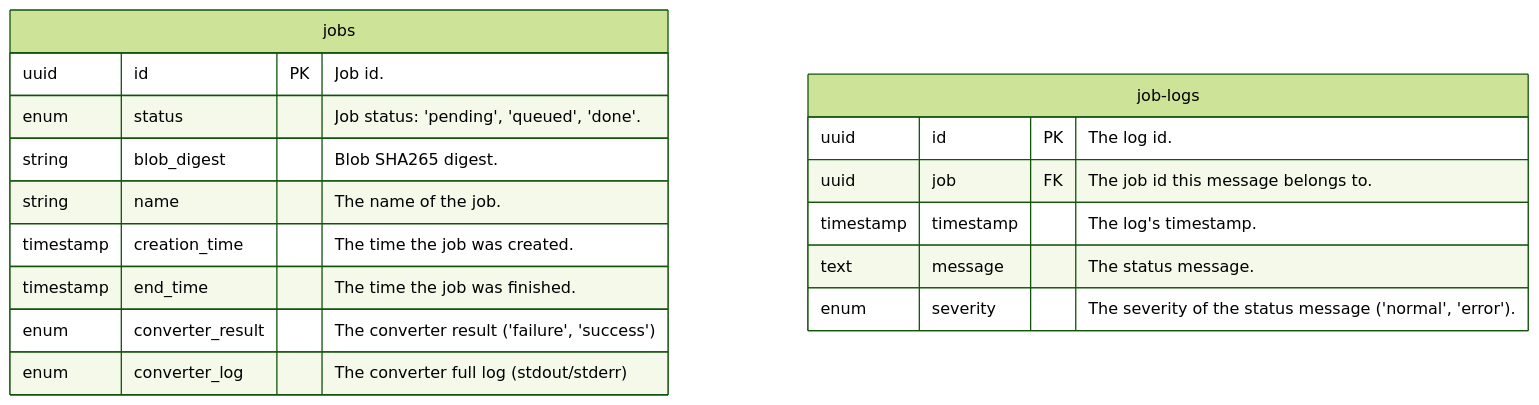
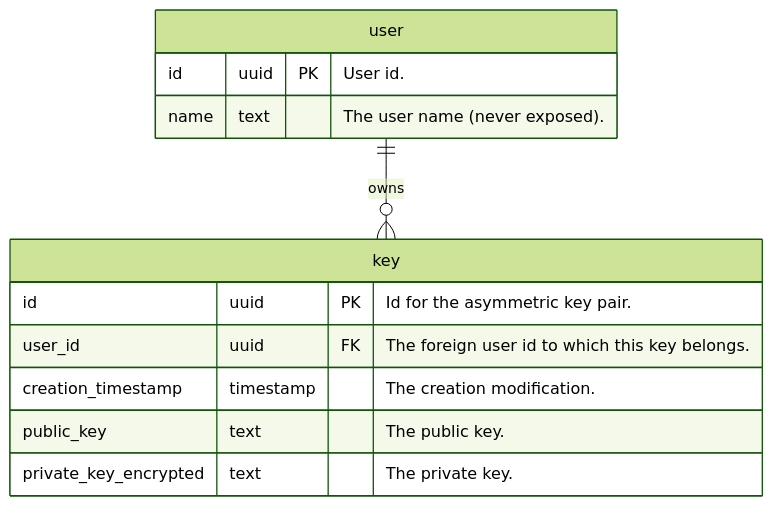
The diagram in docs/architecture.md (gabyx/ki-kist), drawn with Mermaid (forest theme) before and after one commit. The commit also changed other lines of this file and 1 other file, not shown here.

````diff
--- a/docs/architecture.md
+++ b/docs/architecture.md
@@ -119,23 +166,19 @@
 ```mermaid
 erDiagram
-    jobs {
-        uuid id PK "Job id."
-
-        enum status "Job status: 'pending', 'queued', 'done'."
-        string blob_digest "Blob SHA265 digest."
-        string name "The name of the job."
-        timestamp creation_time "The time the job was created."
-        timestamp end_time "The time the job was finished."
-        enum converter_result "The converter result ('failure', 'success')"
-        enum converter_log "The converter full log (stdout/stderr)"
+    user {
+        id uuid PK "User id."
+        name text "The user name (never exposed)."
     }
 
-    job-logs {
-        uuid id PK "The log id."
-        uuid job FK "The job id this message belongs to."
+    key  {
+        id uuid PK "Id for the asymmetric key pair."
+        user_id uuid FK "The foreign user id to which this key belongs."
 
-        timestamp timestamp "The log's timestamp."
-        text message "The status message."
-        enum severity "The severity of the status message ('normal', 'error')."
+        creation_timestamp timestamp "The creation modification."
+        public_key text "The public key."
+        private_key_encrypted text "The private key."
     }
+
+   user ||--o{ key: "owns"
+
 ```
````
